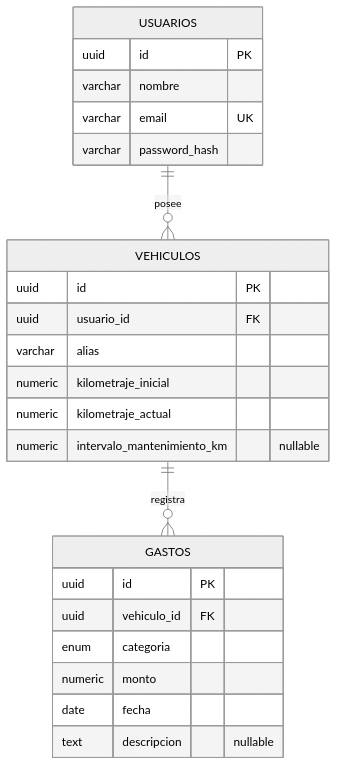
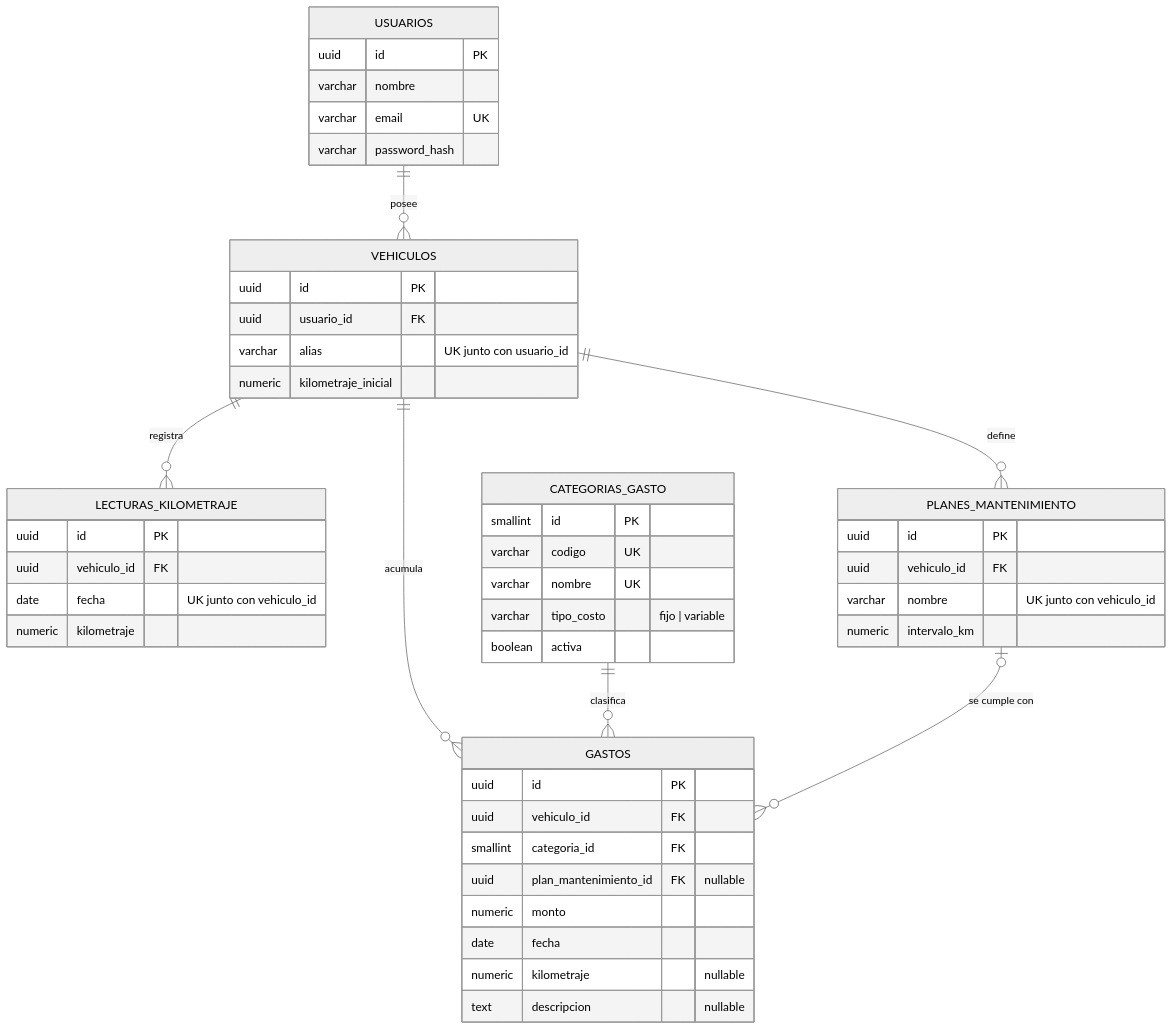
The diagram in docs/esquema-db.md (gabrielamachin/gestor-vehiculos-grupo-117), drawn with Mermaid (neutral theme) before and after one commit. The commit also changed other lines of this file and 5 other files, not shown here.

````diff
--- a/docs/esquema-db.md
+++ b/docs/esquema-db.md
@@ -13,30 +15,56 @@
 ```mermaid
 erDiagram
     USUARIOS ||--o{ VEHICULOS : posee
-    VEHICULOS ||--o{ GASTOS : registra
+    VEHICULOS ||--o{ LECTURAS_KILOMETRAJE : registra
+    VEHICULOS ||--o{ PLANES_MANTENIMIENTO : define
+    VEHICULOS ||--o{ GASTOS : acumula
+    CATEGORIAS_GASTO ||--o{ GASTOS : clasifica
+    PLANES_MANTENIMIENTO |o--o{ GASTOS : "se cumple con"
 
     USUARIOS {
         uuid id PK
         varchar nombre
         varchar email UK
         varchar password_hash
     }
 
+    CATEGORIAS_GASTO {
+        smallint id PK
+        varchar codigo UK
+        varchar nombre UK
+        varchar tipo_costo "fijo | variable"
+        boolean activa
+    }
+
     VEHICULOS {
         uuid id PK
         uuid usuario_id FK
-        varchar alias
+        varchar alias "UK junto con usuario_id"
         numeric kilometraje_inicial
-        numeric kilometraje_actual
-        numeric intervalo_mantenimiento_km "nullable"
+    }
+
+    LECTURAS_KILOMETRAJE {
+        uuid id PK
+        uuid vehiculo_id FK
+        date fecha "UK junto con vehiculo_id"
+        numeric kilometraje
+    }
+
+    PLANES_MANTENIMIENTO {
+        uuid id PK
+        uuid vehiculo_id FK
+        varchar nombre "UK junto con vehiculo_id"
+        numeric intervalo_km
     }
 
     GASTOS {
         uuid id PK
         uuid vehiculo_id FK
-        enum categoria
+        smallint categoria_id FK
+        uuid plan_mantenimiento_id FK "nullable"
         numeric monto
         date fecha
+        numeric kilometraje "nullable"
         text descripcion "nullable"
     }
 ```
````
